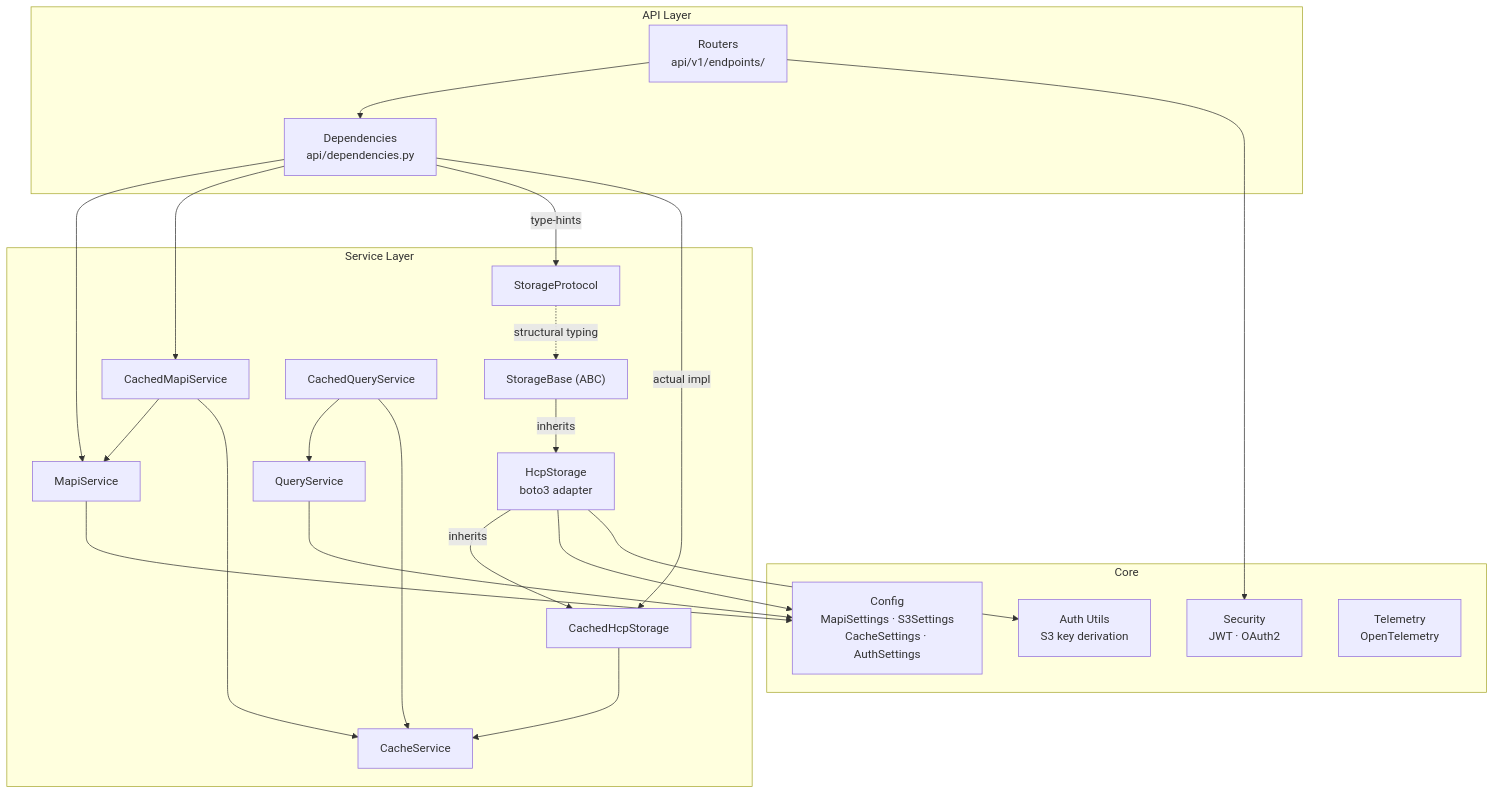
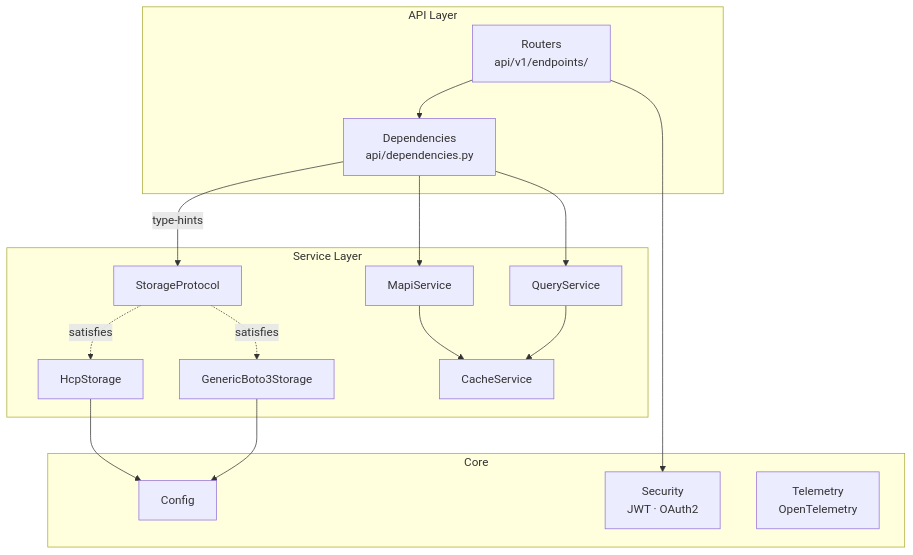
One commit to AI-Riksarkivet/ra-hcp changed the diagram in docs/architecture/backend.md. Above: the diagram before and after it, drawn with Mermaid. The commit also changed other lines of this file and 25 other files, not shown here.

First line of the commit message:
docs: improve architecture pages, enrich HCP concepts, remove raw vendor docs

````diff
--- a/docs/architecture/backend.md
+++ b/docs/architecture/backend.md
@@ -5,45 +5,34 @@
 ```mermaid
 graph TD
     subgraph "API Layer"
         R["Routers<br/>api/v1/endpoints/"]
         DEP["Dependencies<br/>api/dependencies.py"]
     end
 
     subgraph "Service Layer"
         MS["MapiService"]
-        CMS["CachedMapiService"]
         SP["StorageProtocol"]
-        SB["StorageBase (ABC)"]
-        HCP_A["HcpStorage<br/>boto3 adapter"]
-        CHCP["CachedHcpStorage"]
+        HCP_A["HcpStorage"]
+        GEN["GenericBoto3Storage"]
         QS["QueryService"]
-        CQS["CachedQueryService"]
         CS["CacheService"]
     end
 
     subgraph "Core"
-        CFG["Config<br/>MapiSettings · S3Settings<br/>CacheSettings · AuthSettings"]
+        CFG["Config"]
         SEC["Security<br/>JWT · OAuth2"]
-        AUTH2["Auth Utils<br/>S3 key derivation"]
         TEL["Telemetry<br/>OpenTelemetry"]
     end
 
     R --> DEP
     DEP --> MS
-    DEP --> CMS
     DEP -->|"type-hints"| SP
-    DEP -->|"actual impl"| CHCP
-    SP -.->|"structural typing"| SB
-    SB -->|"inherits"| HCP_A
-    HCP_A -->|"inherits"| CHCP
-    CHCP --> CS
-    MS --> CFG
-    CMS --> MS
-    CMS --> CS
+    SP -.->|"satisfies"| HCP_A
+    SP -.->|"satisfies"| GEN
+    DEP --> QS
+    MS --> CS
+    QS --> CS
     HCP_A --> CFG
-    HCP_A --> AUTH2
-    QS --> CFG
-    CQS --> QS
-    CQS --> CS
+    GEN --> CFG
     R --> SEC
 ```
````
